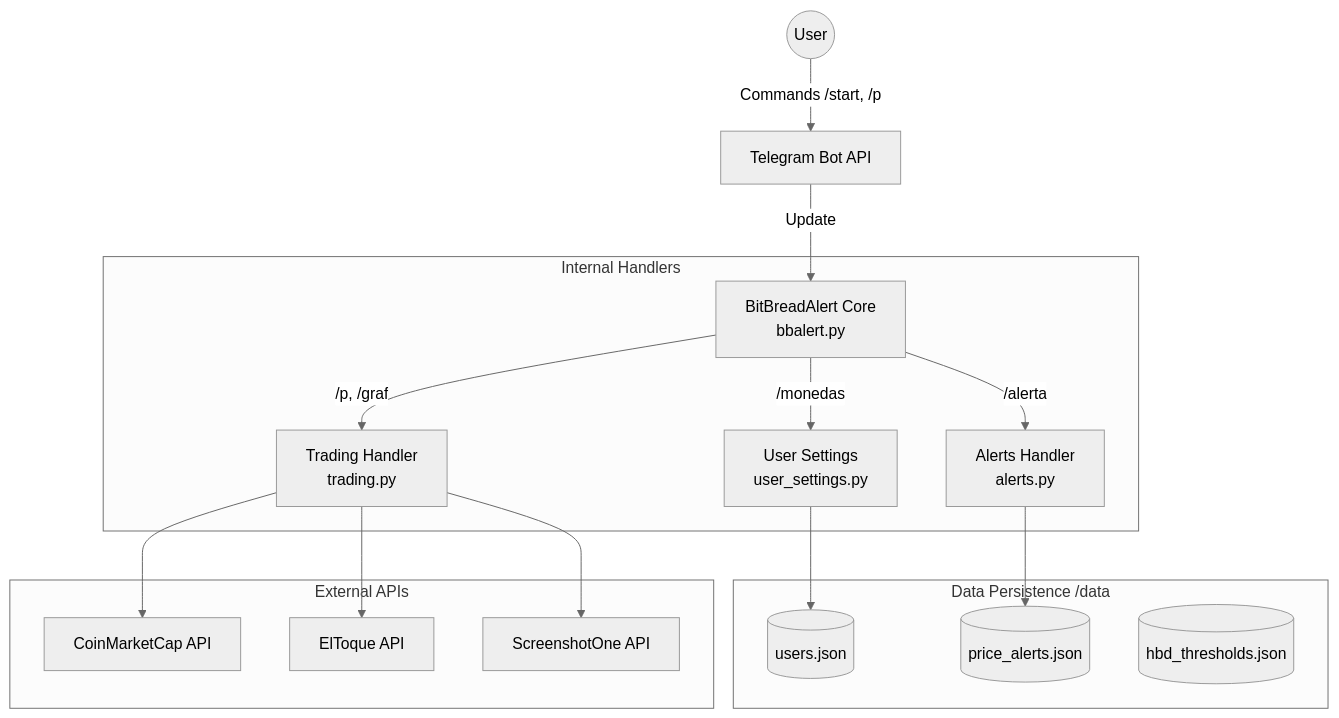
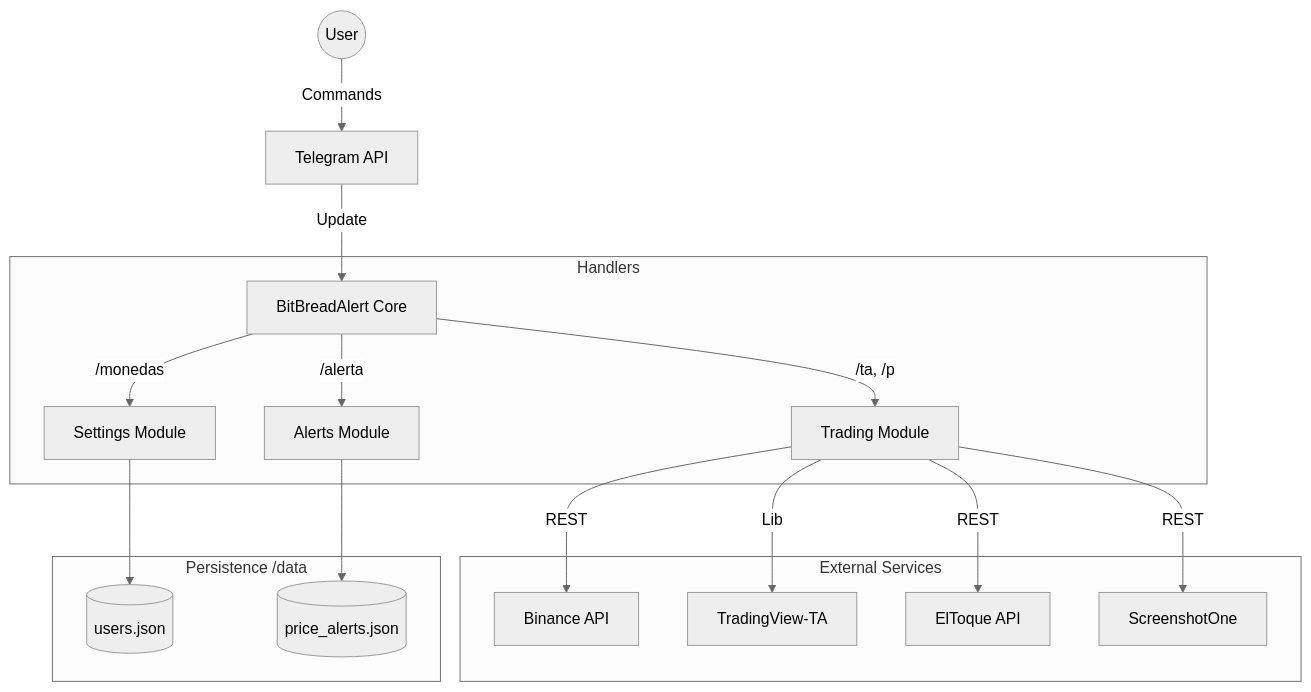
The first of 2 diagrams in README.md (ersus93/bbalert), drawn with Mermaid (neutral theme) before and after one commit. The commit also changed other lines of this file and 5 other files, not shown here.

````diff
--- a/README.md
+++ b/README.md
@@ -120,29 +78,23 @@
 ```mermaid
 graph TD
-    User((User)) -->|Commands /start, /p| TG[Telegram Bot API]
-    TG -->|Update| BB[BitBreadAlert Core<br/>bbalert.py]
+    User((User)) -->|Commands| TG[Telegram API]
+    TG -->|Update| Core[BitBreadAlert Core]
     
-    subgraph "Internal Handlers"
-        BB -->|/p, /graf| TR[Trading Handler<br/>trading.py]
-        BB -->|/alerta| AL[Alerts Handler<br/>alerts.py]
-        BB -->|/monedas| US[User Settings<br/>user_settings.py]
+    subgraph "Handlers"
+        Core -->|/ta, /p| Trading[Trading Module]
+        Core -->|/alerta| Alerts[Alerts Module]
+        Core -->|/monedas| UserSet[Settings Module]
     end
 
-    subgraph "Data Persistence /data"
-        DB1[(users.json)]
-        DB2[(price_alerts.json)]
-        DB3[(hbd_thresholds.json)]
+    subgraph "External Services"
+        Trading -->|REST| Binance[Binance API]
+        Trading -->|Lib| TV[TradingView-TA]
+        Trading -->|REST| ElToque[ElToque API]
+        Trading -->|REST| SS[ScreenshotOne]
     end
 
-    subgraph "External APIs"
-        CMC[CoinMarketCap API]
-        ET[ElToque API]
-        SS[ScreenshotOne API]
+    subgraph "Persistence /data"
+        UserSet --> DB1[(users.json)]
+        Alerts --> DB2[(price_alerts.json)]
     end
-
-    TR --> CMC
-    TR --> ET
-    TR --> SS
-    US --> DB1
-    AL --> DB2
 ```
````
